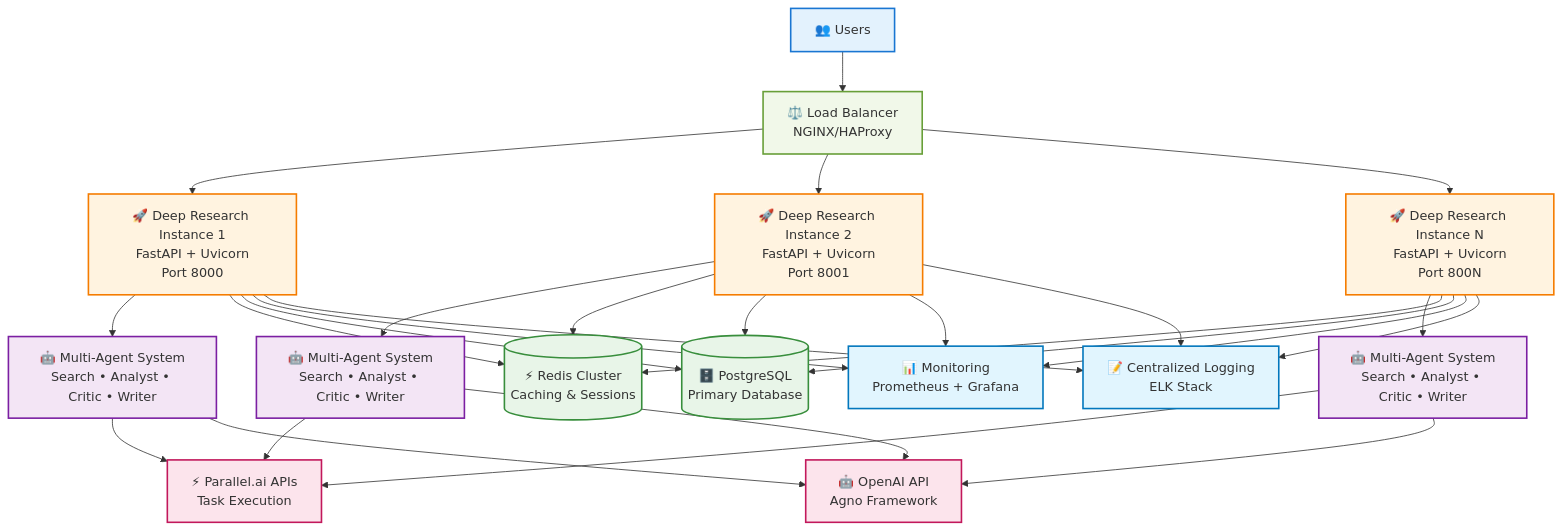
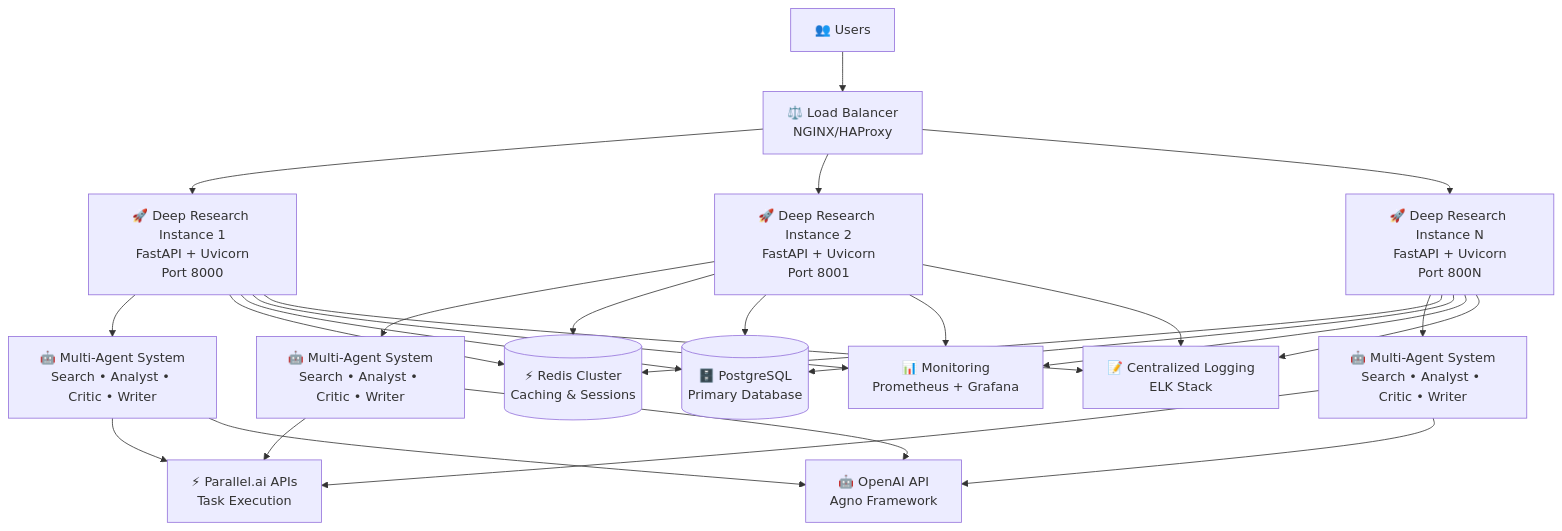
One commit to m0-divdev/deep_research_agent changed the fifth of 5 diagrams in ARCHITECTURE.md. Above: the diagram before and after it, drawn with Mermaid. The commit also changed other lines of this file, not shown here.

Commit message:
feat: Diagram additon (mermaid)

````diff
--- a/ARCHITECTURE.md
+++ b/ARCHITECTURE.md
@@ -471,59 +413,42 @@
 ```mermaid
 graph TB
     %% External Layer
     Users[👥 Users] --> LB[⚖️ Load Balancer<br/>NGINX/HAProxy]
     
     %% Application Layer
     LB --> APP1[🚀 Deep Research Instance 1<br/>FastAPI + Uvicorn<br/>Port 8000]
     LB --> APP2[🚀 Deep Research Instance 2<br/>FastAPI + Uvicorn<br/>Port 8001]
     LB --> APP3[🚀 Deep Research Instance N<br/>FastAPI + Uvicorn<br/>Port 800N]
     
     %% Agent Layer (within each instance)
     APP1 --> AGENTS1[🤖 Multi-Agent System<br/>Search • Analyst • Critic • Writer]
     APP2 --> AGENTS2[🤖 Multi-Agent System<br/>Search • Analyst • Critic • Writer]
     APP3 --> AGENTS3[🤖 Multi-Agent System<br/>Search • Analyst • Critic • Writer]
     
     %% External APIs
     AGENTS1 --> PAPI[⚡ Parallel.ai APIs<br/>Task Execution]
     AGENTS2 --> PAPI
     AGENTS3 --> PAPI
     
     AGENTS1 --> OAPI[🤖 OpenAI API<br/>Agno Framework]
     AGENTS2 --> OAPI
     AGENTS3 --> OAPI
     
     %% Data Layer
     APP1 --> REDIS[(⚡ Redis Cluster<br/>Caching & Sessions)]
     APP2 --> REDIS
     APP3 --> REDIS
     
     APP1 --> DB[(🗄️ PostgreSQL<br/>Primary Database)]
     APP2 --> DB
     APP3 --> DB
     
     %% Monitoring & Logging
     APP1 --> MON[📊 Monitoring<br/>Prometheus + Grafana]
     APP2 --> MON
     APP3 --> MON
     
     APP1 --> LOGS[📝 Centralized Logging<br/>ELK Stack]
     APP2 --> LOGS
     APP3 --> LOGS
-    
-    %% Styling
-    classDef userClass fill:#e3f2fd,stroke:#1976d2,stroke-width:2px
-    classDef infraClass fill:#f1f8e9,stroke:#689f38,stroke-width:2px
-    classDef appClass fill:#fff3e0,stroke:#f57c00,stroke-width:2px
-    classDef agentClass fill:#f3e5f5,stroke:#7b1fa2,stroke-width:2px
-    classDef apiClass fill:#fce4ec,stroke:#c2185b,stroke-width:2px
-    classDef dataClass fill:#e8f5e8,stroke:#388e3c,stroke-width:2px
-    classDef monitorClass fill:#e1f5fe,stroke:#0277bd,stroke-width:2px
-    
-    class Users userClass
-    class LB infraClass
-    class APP1,APP2,APP3 appClass
-    class AGENTS1,AGENTS2,AGENTS3 agentClass
-    class PAPI,OAPI apiClass
-    class REDIS,DB dataClass
-    class MON,LOGS monitorClass
 ```
````
